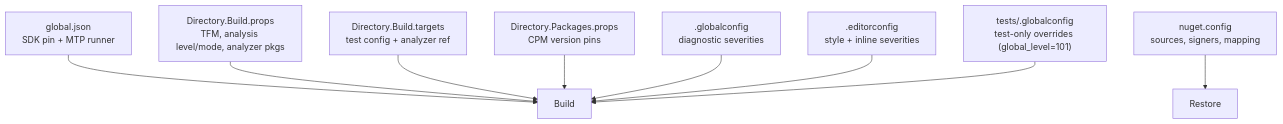
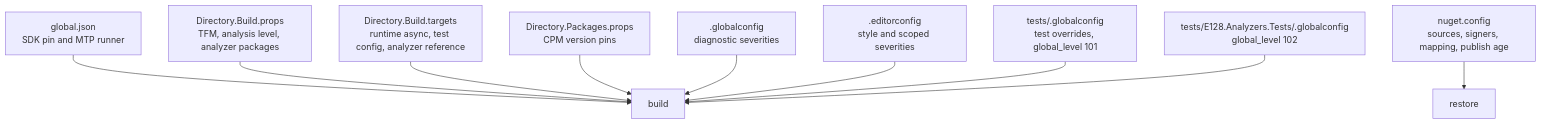
Before and after one commit to e128/dotnet-reference: the diagram in docs/guides/configuration.md, drawn with Mermaid. The commit also changed other lines of this file and 20 other files, not shown here.

````diff
--- a/docs/guides/configuration.md
+++ b/docs/guides/configuration.md
@@ -11,11 +11,12 @@
 ```mermaid
 graph TB
-  gj["global.json<br/>SDK pin + MTP runner"] --> build["Build"]
-  props["Directory.Build.props<br/>TFM, analysis level/mode, analyzer pkgs"] --> build
-  targets["Directory.Build.targets<br/>test config + analyzer ref"] --> build
+  gj["global.json<br/>SDK pin and MTP runner"] --> build["build"]
+  props["Directory.Build.props<br/>TFM, analysis level, analyzer packages"] --> build
+  targets["Directory.Build.targets<br/>runtime async, test config, analyzer reference"] --> build
   pkgs["Directory.Packages.props<br/>CPM version pins"] --> build
   gc[".globalconfig<br/>diagnostic severities"] --> build
-  ec[".editorconfig<br/>style + inline severities"] --> build
-  tgc["tests/.globalconfig<br/>test-only overrides (global_level=101)"] --> build
-  ng["nuget.config<br/>sources, signers, mapping"] --> restore["Restore"]
+  ec[".editorconfig<br/>style and scoped severities"] --> build
+  tgc["tests/.globalconfig<br/>test overrides, global_level 101"] --> build
+  atg["tests/E128.Analyzers.Tests/.globalconfig<br/>global_level 102"] --> build
+  ng["nuget.config<br/>sources, signers, mapping, publish age"] --> restore["restore"]
 ```
````
